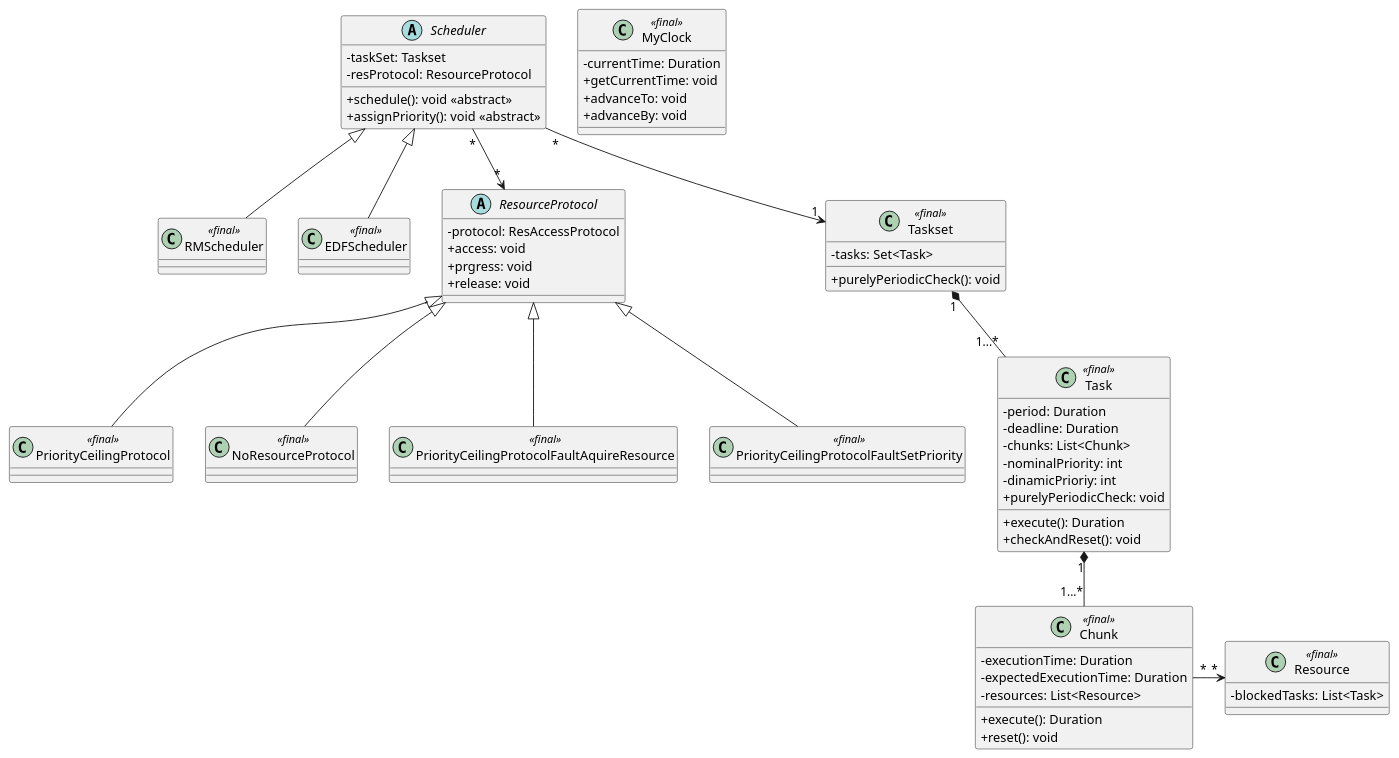
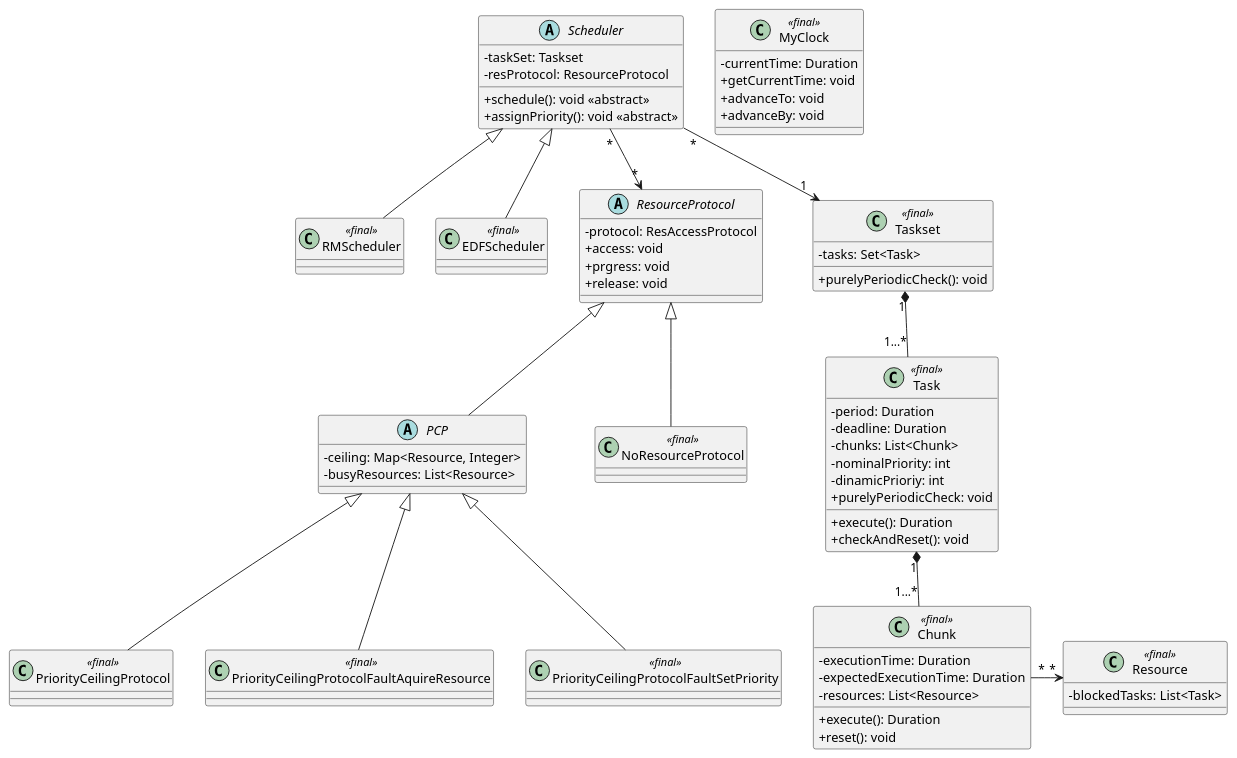
One commit to edoardosarri24/real-time-scheduling-simulator changed the diagram in report/immagini/class diagram.puml. Above: the diagram before and after it, drawn with PlantUML. The commit also changed 10 other files, not shown here.

```diff
--- a/report/immagini/class diagram.puml
+++ b/report/immagini/class diagram.puml
@@ -1,85 +1,91 @@
 @startuml class diagram
 skinparam classAttributeIconSize 0
 
 ' classi
 abstract class Scheduler {
     - taskSet: Taskset
     - resProtocol: ResourceProtocol
     + schedule(): void <<abstract>>
     + assignPriority(): void <<abstract>>
 }
 
 class MyClock <<final>> {
     - currentTime: Duration
     + getCurrentTime: void
     + advanceTo: void
     + advanceBy: void
 }
 
 class RMScheduler <<final>> {
 }
 
 class EDFScheduler <<final>> {
 }
 
 abstract class ResourceProtocol {
     - protocol: ResAccessProtocol
     + access: void
     + prgress: void
     + release: void
+}
+
+abstract class PCP {
+    - ceiling: Map<Resource, Integer>
+    - busyResources: List<Resource>
 }
 
 class PriorityCeilingProtocol <<final>> {
 }
 
 class NoResourceProtocol <<final>> {
 }
 
 class PriorityCeilingProtocolFaultAquireResource <<final>> {
 }
 
 class PriorityCeilingProtocolFaultSetPriority <<final>> {
 }
 
 class Resource <<final>> {
     - blockedTasks: List<Task>
 }
 
 class Taskset <<final>> {
     - tasks: Set<Task>
     + purelyPeriodicCheck(): void
 }
 
 class Task <<final>> {
     - period: Duration
     - deadline: Duration
     - chunks: List<Chunk>
     - nominalPriority: int
     - dinamicPrioriy: int
     + execute(): Duration
     + checkAndReset(): void
     + purelyPeriodicCheck: void
 }
 
 class Chunk <<final>> {
     - executionTime: Duration
     - expectedExecutionTime: Duration
     - resources: List<Resource>
     + execute(): Duration
     + reset(): void
 }
 
 ' relazioni
 Scheduler <|-- RMScheduler
 Scheduler <|-- EDFScheduler
 Scheduler "*" --> "*" ResourceProtocol
-ResourceProtocol <|-- PriorityCeilingProtocol
+ResourceProtocol <|-- PCP
 ResourceProtocol <|-- NoResourceProtocol
-ResourceProtocol <|-- PriorityCeilingProtocolFaultAquireResource
-ResourceProtocol <|-- PriorityCeilingProtocolFaultSetPriority
+PCP <|-- PriorityCeilingProtocol
+PCP <|-- PriorityCeilingProtocolFaultAquireResource
+PCP <|-- PriorityCeilingProtocolFaultSetPriority
 Scheduler "*" --> "1" Taskset
 Taskset "1" *-- "1...*" Task
 Task "1" *-- "1...*" Chunk
 Chunk "*" -> "*" Resource
 
 @enduml
```
